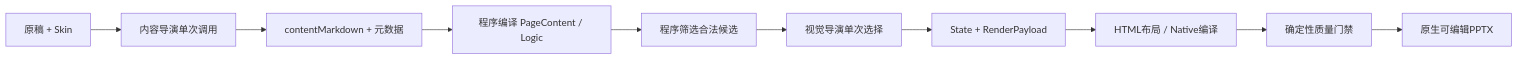
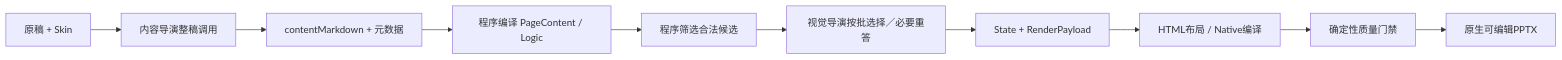
The first of 2 diagrams in docs/工作流/正式生成/工作流.md (NEUwpy/PPagenT), drawn with Mermaid before and after one commit. The commit also changed other lines of this file and 6 other files, not shown here.

````diff
--- a/docs/工作流/正式生成/工作流.md
+++ b/docs/工作流/正式生成/工作流.md
@@ -9,12 +9,12 @@
 ```mermaid
 flowchart LR
-    A["原稿 + Skin"] --> B["内容导演单次调用"]
+    A["原稿 + Skin"] --> B["内容导演整稿调用"]
     B --> C["contentMarkdown + 元数据"]
     C --> D["程序编译 PageContent / Logic"]
     D --> E["程序筛选合法候选"]
-    E --> F["视觉导演单次选择"]
+    E --> F["视觉导演按批选择／必要重答"]
     F --> G["State + RenderPayload"]
     G --> H["HTML布局 / Native编译"]
     H --> I["确定性质量门禁"]
     I --> J["原生可编辑PPTX"]
 ```
````
